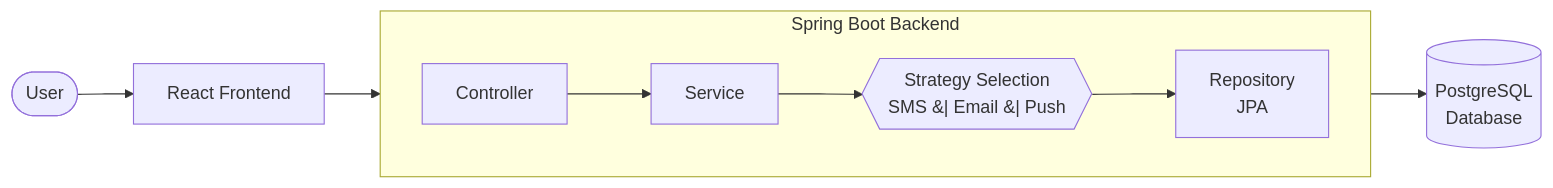
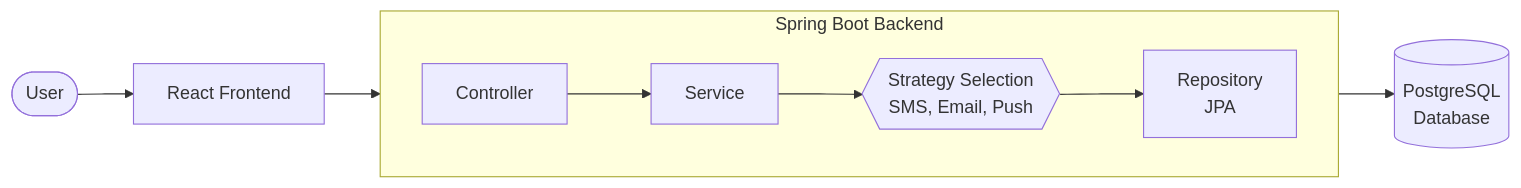
One commit to cadusouza2001/notification-system changed the diagram in README.md. Above: the diagram before and after it, drawn with Mermaid.

Commit message:
Update strategy selection representation in architecture diagram

````diff
--- a/README.md
+++ b/README.md
@@ -29,22 +29,22 @@
 ```mermaid
 flowchart LR
     user([User])
     fe[React Frontend]
     db[(PostgreSQL<br/>Database)]
 
     subgraph Backend [Spring Boot Backend]
         direction LR
         controller[Controller]
         service[Service]
-        strategy{{Strategy Selection<br/>SMS &#124; Email &#124; Push}}
+        strategy{{Strategy Selection<br/>SMS, Email, Push}}
         repository[Repository<br/>JPA]
 
         controller --> service
         service --> strategy
         strategy --> repository
     end
 
     user --> fe
     fe --> controller
     repository --> db
 ```
````
